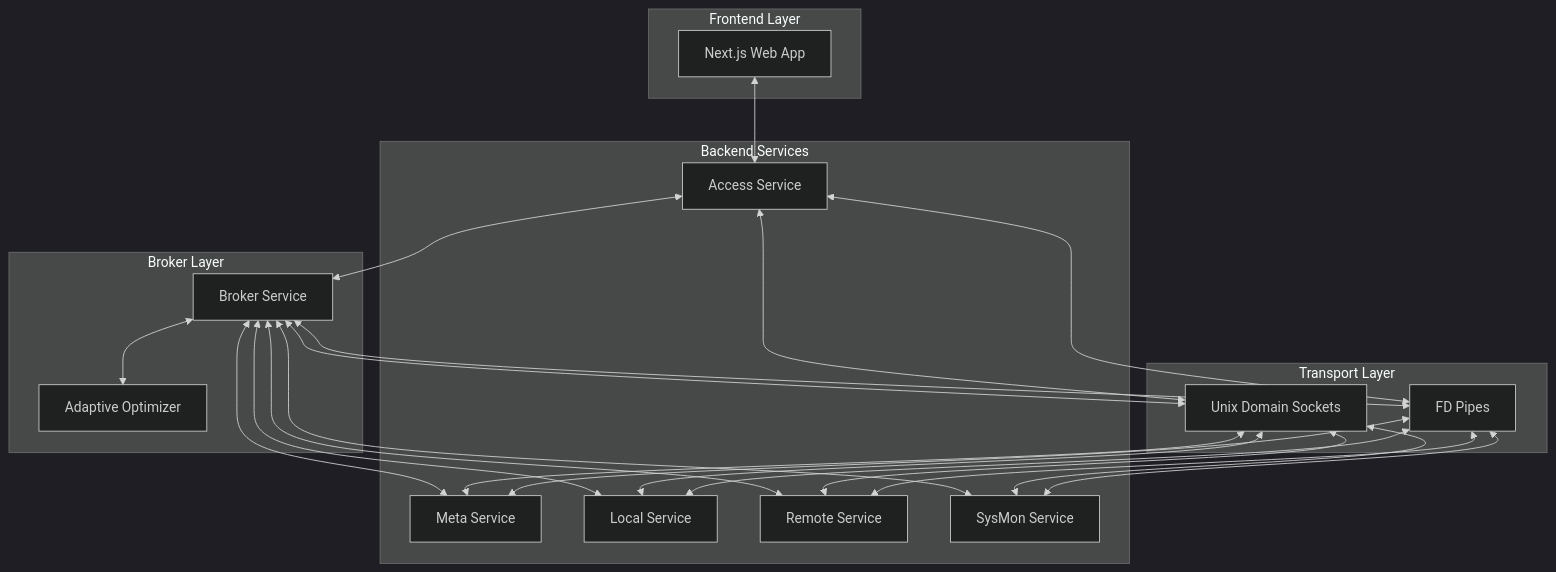
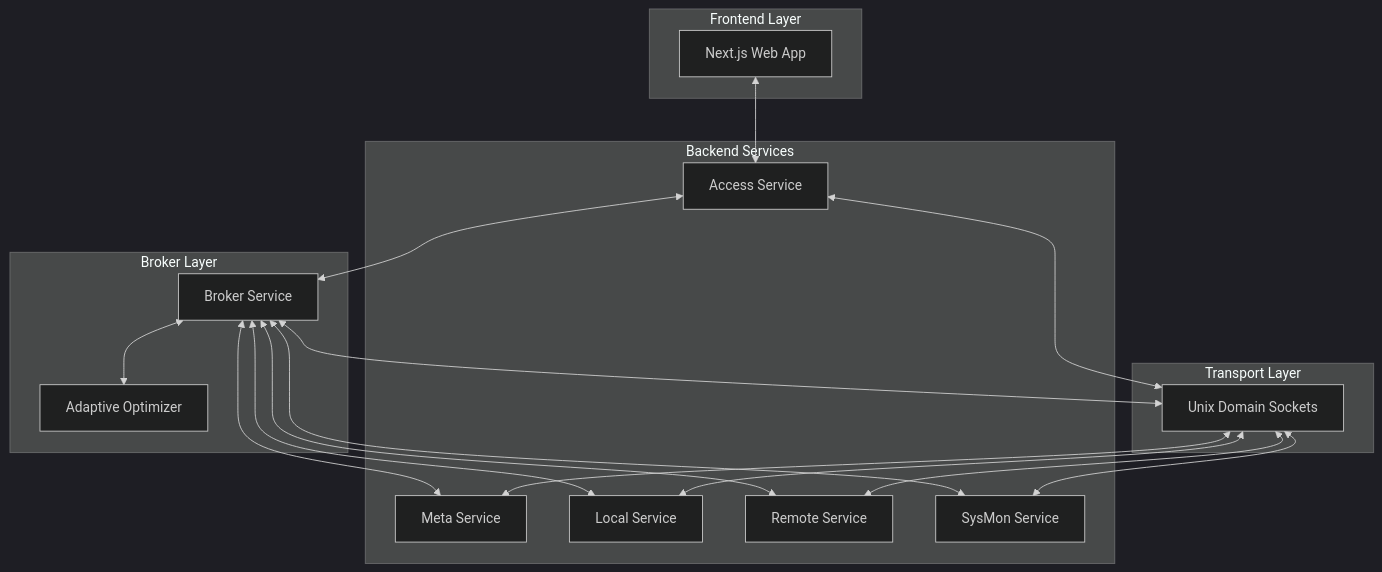
One commit to cyw0ng95/v2e changed the first of 3 diagrams in README.md. Above: the diagram before and after it, drawn with Mermaid (dark theme). The commit also changed other lines of this file and 14 other files, not shown here.

````diff
--- a/README.md
+++ b/README.md
@@ -23,44 +23,37 @@
 ```mermaid
 graph TB
     subgraph "Frontend Layer"
         A[Next.js Web App]
     end
-    
+
     subgraph "Broker Layer"
         B[Broker Service]
         Opt[Adaptive Optimizer]
     end
-    
+
     subgraph "Backend Services"
         C[Access Service]
         D[Meta Service]
         E[Local Service]
         F[Remote Service]
         G[SysMon Service]
     end
-    
+
     subgraph "Transport Layer"
         UDS[Unix Domain Sockets]
-        FDP[FD Pipes]
     end
-    
+
     A <--> C
     C <--> B
     B <--> D
     B <--> E
     B <--> F
     B <--> G
     B <--> Opt
     B <--> UDS
-    B <--> FDP
     UDS <--> C
     UDS <--> D
     UDS <--> E
     UDS <--> F
     UDS <--> G
-    FDP <--> C
-    FDP <--> D
-    FDP <--> E
-    FDP <--> F
-    FDP <--> G
 ```
````
